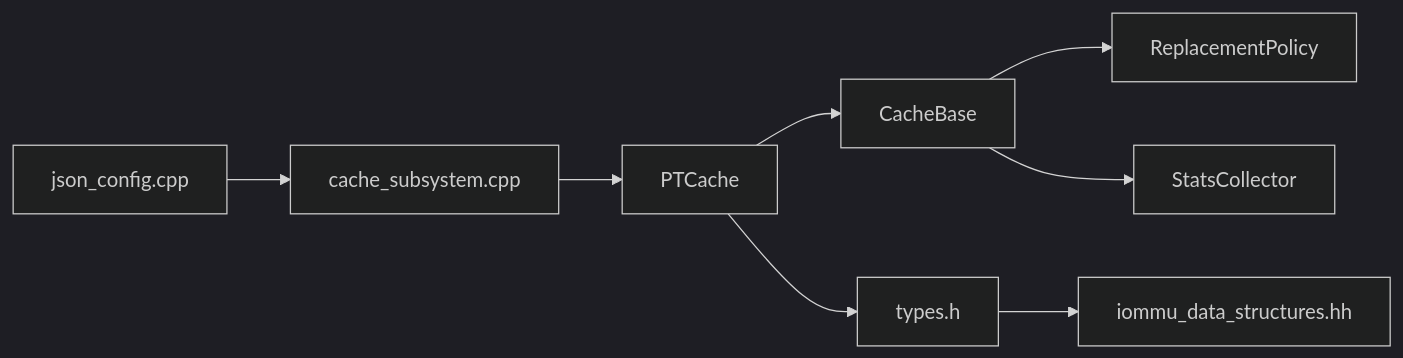
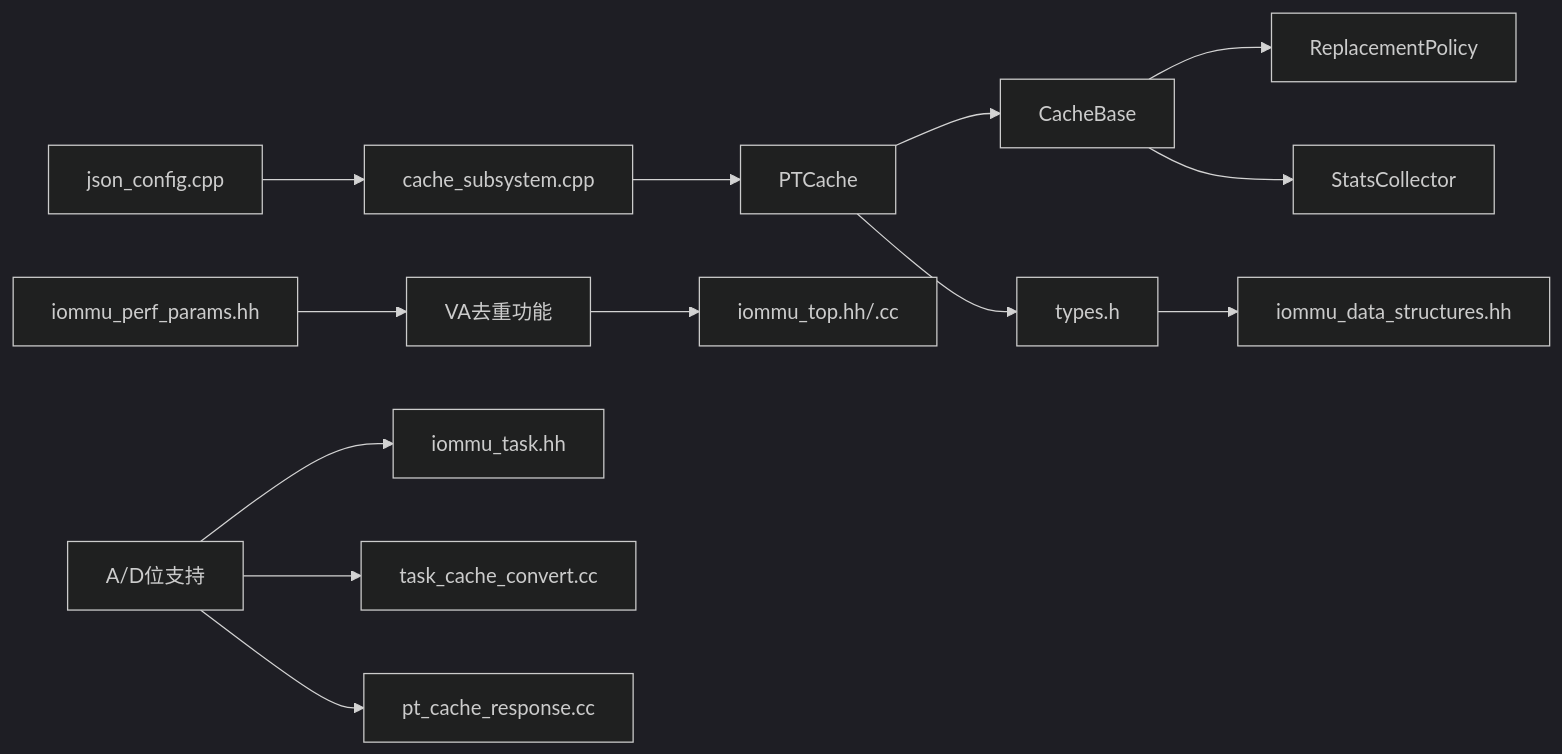
Diagram 12 of 12 in .qoder/repowiki/zh/content/缓存系统架构/页表缓存(PT Cache).md (jiangjiang1122/iommu_model_20260401_v1), drawn with Mermaid (dark theme) before and after one commit. The commit also changed other lines of this file and 48 other files, not shown here.

````diff
--- a/.qoder/repowiki/zh/content/缓存系统架构/页表缓存(PT Cache).md
+++ b/.qoder/repowiki/zh/content/缓存系统架构/页表缓存(PT Cache).md
@@ -370,10 +615,15 @@
 ```mermaid
 graph LR
 PTCache["PTCache"] --> CacheBase["CacheBase<T,D>"]
 CacheBase --> Replacement["ReplacementPolicy"]
 CacheBase --> Stats["StatsCollector"]
 PTCache --> Types["types.h"]
 Types --> DS["iommu_data_structures.hh"]
 JSON["json_config.cpp"] --> Subsys["cache_subsystem.cpp"]
 Subsys --> PTCache
+Params["iommu_perf_params.hh"] --> Dedup["VA去重功能"]
+Dedup --> Top["iommu_top.hh/.cc"]
+ADSupport["A/D位支持"] --> Task["iommu_task.hh"]
+ADSupport --> Convert["task_cache_convert.cc"]
+ADSupport --> Response["pt_cache_response.cc"]
 ```
````
